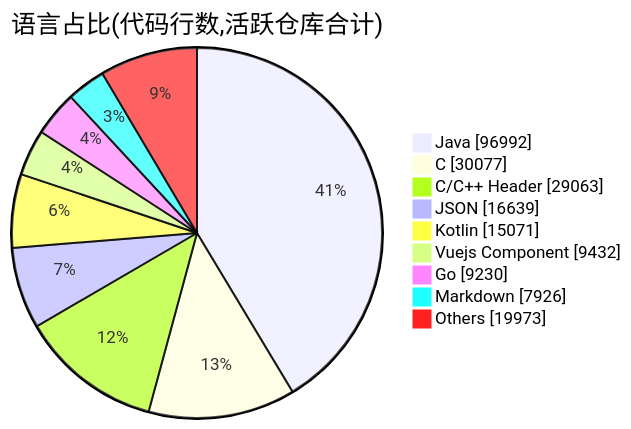
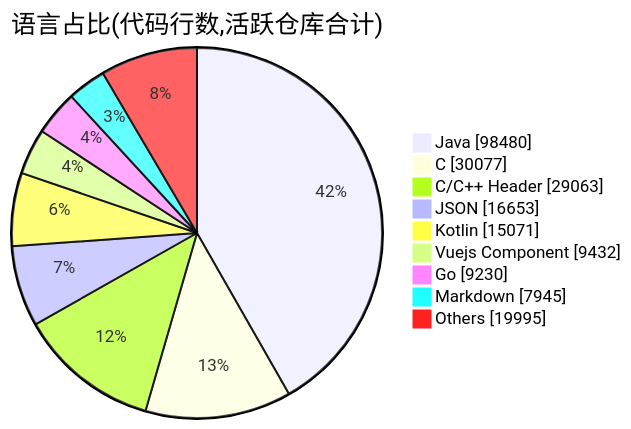
Before and after one commit to Conflux-Union/.github: the second of 2 diagrams in profile/README.md, drawn with Mermaid. The commit also changed other lines of this file and 1 other file, not shown here.

````diff
--- a/profile/README.md
+++ b/profile/README.md
@@ -77,13 +77,13 @@
 ```mermaid
 pie showData
     title 语言占比(代码行数,活跃仓库合计)
-    "Java" : 96992
+    "Java" : 98480
     "C" : 30077
     "C/C++ Header" : 29063
-    "JSON" : 16639
+    "JSON" : 16653
     "Kotlin" : 15071
     "Vuejs Component" : 9432
     "Go" : 9230
-    "Markdown" : 7926
-    "Others" : 19973
+    "Markdown" : 7945
+    "Others" : 19995
 ```
````
